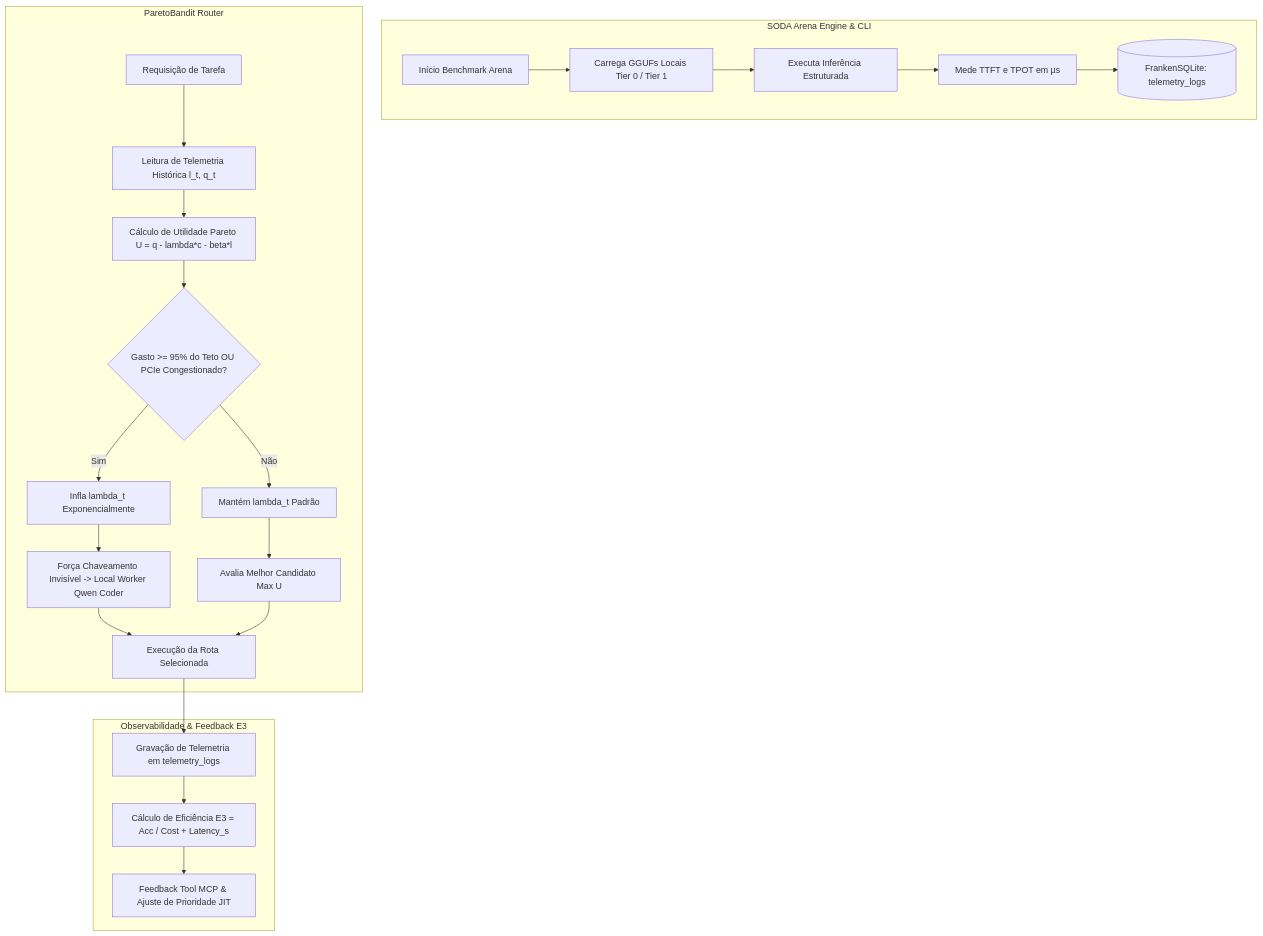
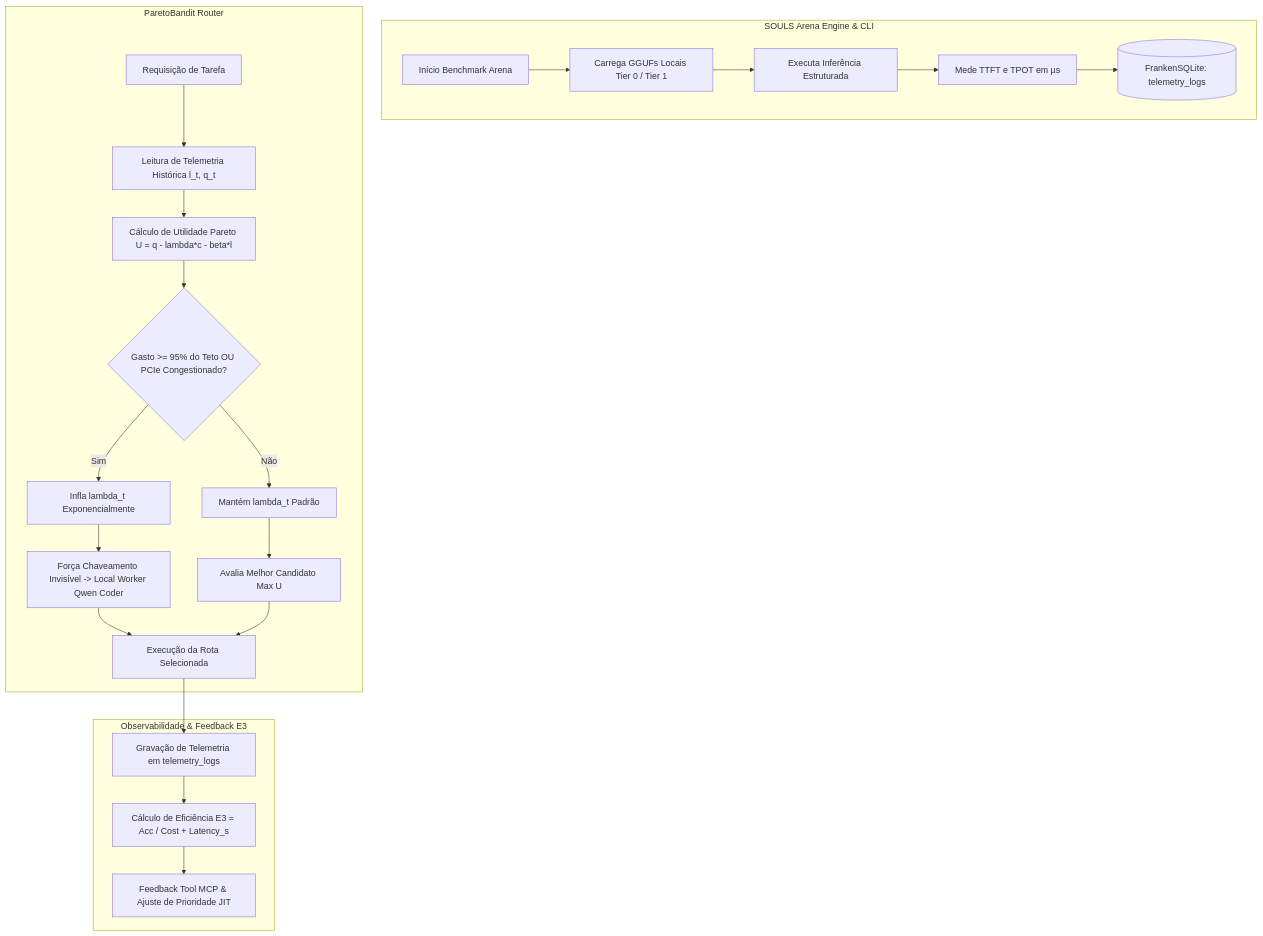
The diagram in docs/work-units/active/feat-pareto-bandit/design.md (brunosrosa/genesis_mc), drawn with Mermaid before and after one commit. The commit also changed other lines of this file and 6 other files, not shown here.

Commit message:
feat: implement model registry service and arena CLI scaffold for Pareto bandit experiments

````diff
--- a/docs/work-units/active/feat-pareto-bandit/design.md
+++ b/docs/work-units/active/feat-pareto-bandit/design.md
@@ -21,27 +21,27 @@
 ```mermaid
 flowchart TD
-    subgraph SODA_ARENA [SODA Arena Engine & CLI]
+    subgraph SOULS_ARENA [SOULS Arena Engine & CLI]
         A[Início Benchmark Arena] --> B[Carrega GGUFs Locais Tier 0 / Tier 1]
         B --> C[Executa Inferência Estruturada]
         C --> D[Mede TTFT e TPOT em µs]
         D --> E[(FrankenSQLite: telemetry_logs)]
     end
 
     subgraph FINOPS_ROUTER [ParetoBandit Router]
         F[Requisição de Tarefa] --> G[Leitura de Telemetria Histórica l_t, q_t]
         G --> H[Cálculo de Utilidade Pareto U = q - lambda*c - beta*l]
         H --> I{Gasto >= 95% do Teto OU PCIe Congestionado?}
         I -- Sim --> J[Infla lambda_t Exponencialmente]
         I -- Não --> K[Mantém lambda_t Padrão]
         J --> L[Força Chaveamento Invisível -> Local Worker Qwen Coder]
         K --> M[Avalia Melhor Candidato Max U]
         L --> N[Execução da Rota Selecionada]
         M --> N
     end
 
     subgraph OBSERVABILITY [Observabilidade & Feedback E3]
         N --> O[Gravação de Telemetria em telemetry_logs]
         O --> P[Cálculo de Eficiência E3 = Acc / Cost + Latency_s]
         P --> Q[Feedback Tool MCP & Ajuste de Prioridade JIT]
     end
 ```
````
